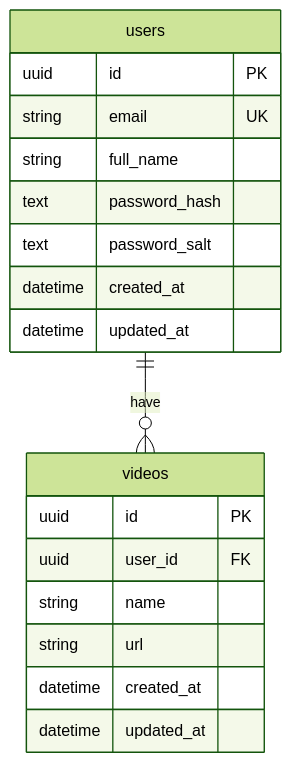
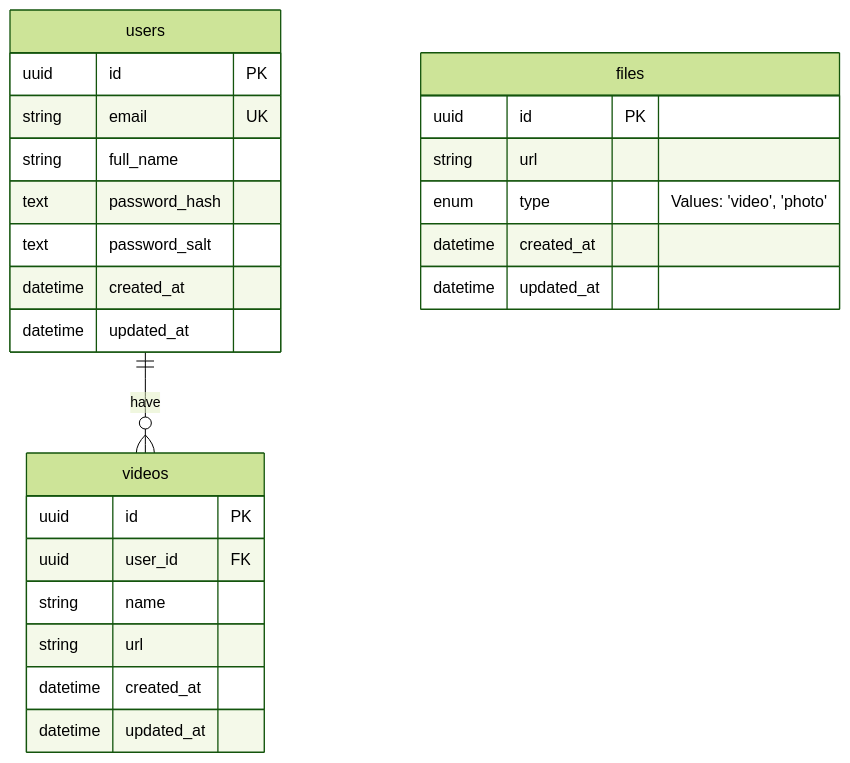
Before and after one commit to BinaryStudioAcademy/bsa-2024-outreachvids: the diagram in README.md, drawn with Mermaid (forest theme).

Commit message:
OV-88: + files to erd diagram

````diff
--- a/README.md
+++ b/README.md
@@ -28,21 +28,28 @@
 ```mermaid
 erDiagram
     users {
         uuid id PK
         string email UK
         string full_name
         text password_hash
         text password_salt
         datetime created_at
         datetime updated_at
     }
     videos {
         uuid id PK
         uuid user_id FK
         string name
         string url
         datetime created_at
         datetime updated_at
     }
+    files {
+        uuid id PK
+        string url
+        enum type "Values: 'video', 'photo'"
+        datetime created_at
+        datetime updated_at
+    }
     users ||--o{ videos : have
 ```
````
